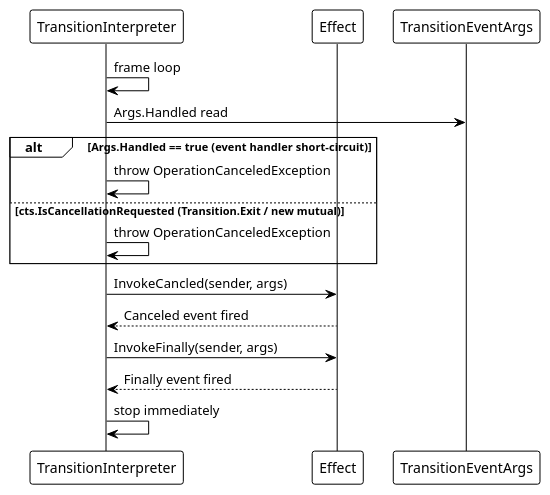
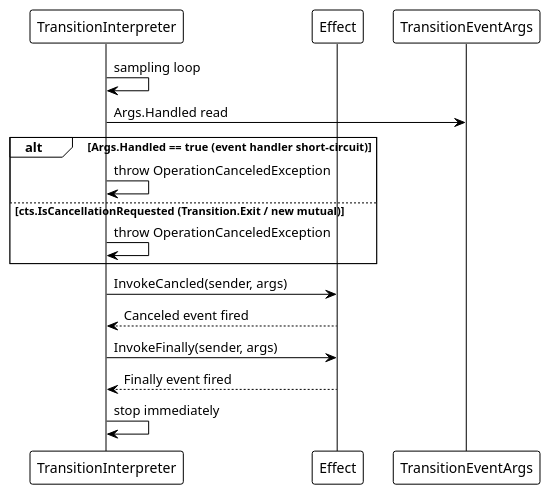
Before and after one commit to Axvser/VeloxDev.Docs: the third of 4 diagrams in src/CloudGlyph/Assets/Docs/content/zh/3_SE分析/03_数据流分析/03_过渡动画/index.md, drawn with PlantUML. The commit also changed other lines of this file and 41 other files, not shown here.

````diff
--- a/src/CloudGlyph/Assets/Docs/content/zh/3_SE分析/03_数据流分析/03_过渡动画/index.md
+++ b/src/CloudGlyph/Assets/Docs/content/zh/3_SE分析/03_数据流分析/03_过渡动画/index.md
@@ -134,22 +142,22 @@
 ```plantuml
 @startuml
 !theme plain
 
 participant "TransitionInterpreter" as TI
 participant "Effect" as EF
 participant "TransitionEventArgs" as Args
 
-TI -> TI: frame loop
+TI -> TI: sampling loop
 TI -> Args: Args.Handled read
 alt Args.Handled == true  (event handler short-circuit)
     TI -> TI: throw OperationCanceledException
 else cts.IsCancellationRequested (Transition.Exit / new mutual)
     TI -> TI: throw OperationCanceledException
 end
 TI -> EF: InvokeCancled(sender, args)
 EF --> TI: Canceled event fired
 TI -> EF: InvokeFinally(sender, args)
 EF --> TI: Finally event fired
 TI -> TI: stop immediately
 @enduml
 ```
````
